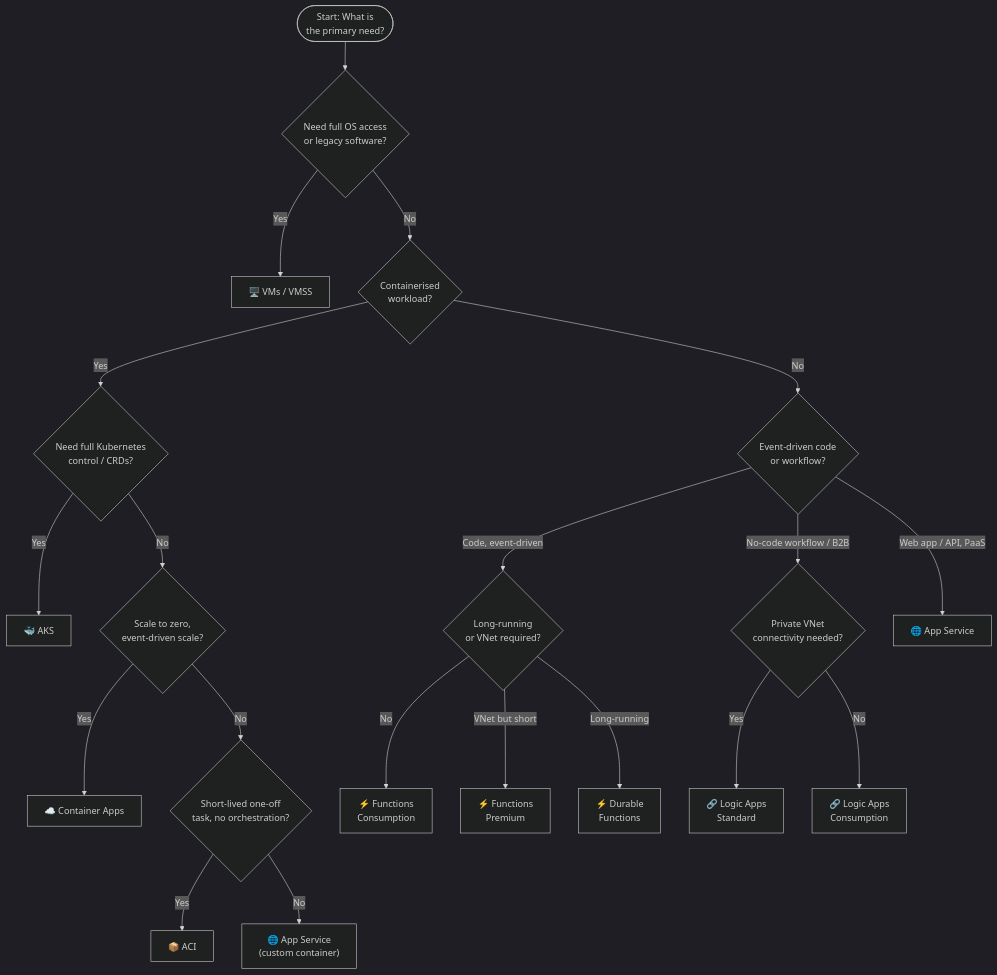
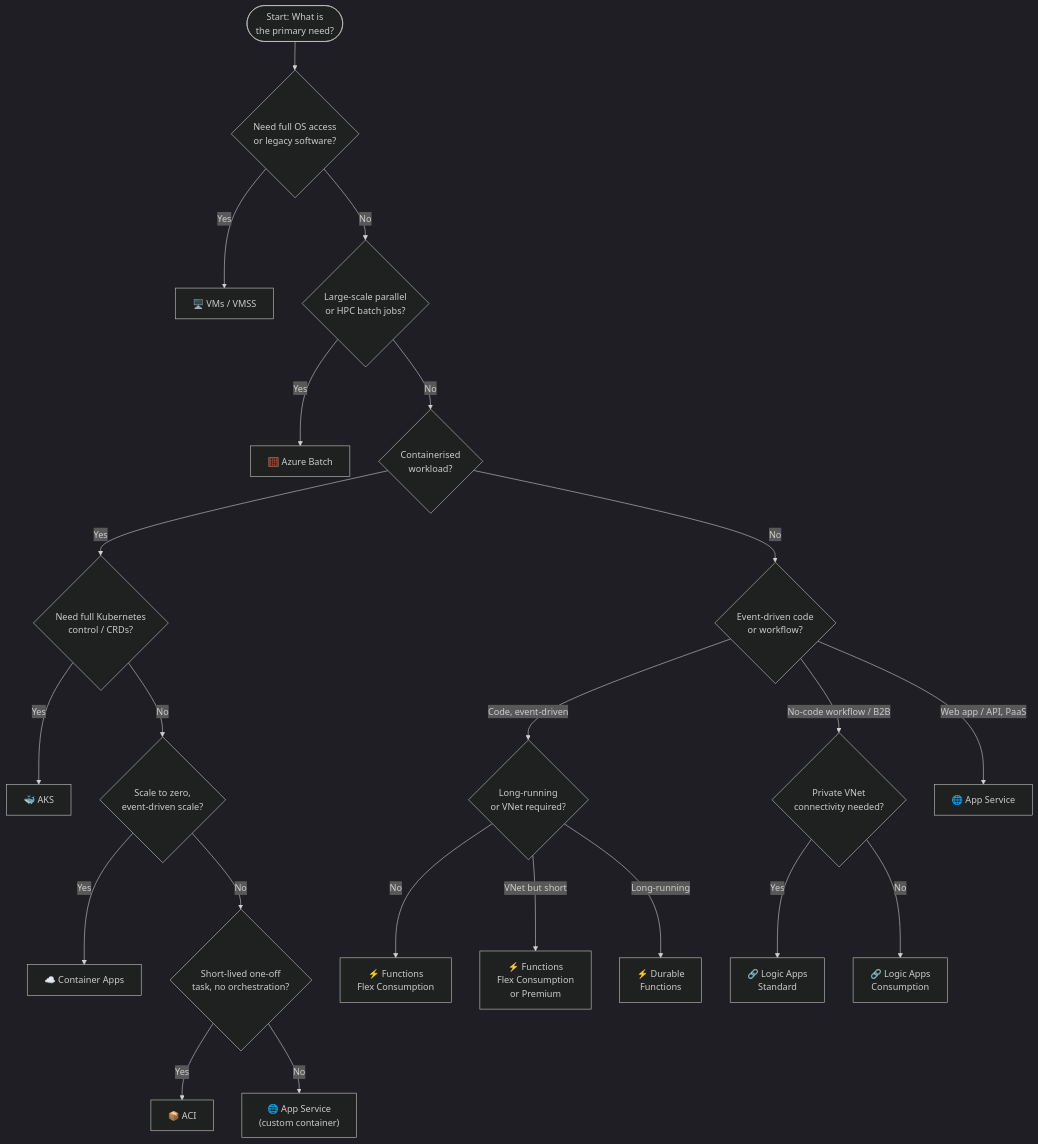
Before and after one commit to marcogrimaldi29/az-305-compute: the diagram in 09-exam-caveats-cheatsheet.md, drawn with Mermaid (dark theme). The commit also changed other lines of this file and 4 other files, not shown here.

First line of the commit message:
Add Flex Consumption plan and Azure Batch coverage

````diff
--- a/09-exam-caveats-cheatsheet.md
+++ b/09-exam-caveats-cheatsheet.md
@@ -216,29 +229,31 @@
 ```mermaid
 flowchart TD
     Start(["Start: What is\nthe primary need?"])
 
     Start --> A{"Need full OS access\nor legacy software?"}
     A -->|Yes| VM["🖥️ VMs / VMSS"]
 
-    A -->|No| B{"Containerised\nworkload?"}
+    A -->|No| HPC{"Large-scale parallel\nor HPC batch jobs?"}
+    HPC -->|Yes| BATCH["🧮 Azure Batch"]
+    HPC -->|No| B{"Containerised\nworkload?"}
     B -->|No| C{"Event-driven code\nor workflow?"}
 
     B -->|Yes| D{"Need full Kubernetes\ncontrol / CRDs?"}
     D -->|Yes| AKS["🐳 AKS"]
     D -->|No| E{"Scale to zero,\nevent-driven scale?"}
     E -->|Yes| ACA["☁️ Container Apps"]
     E -->|No| F{"Short-lived one-off\ntask, no orchestration?"}
     F -->|Yes| ACI["📦 ACI"]
     F -->|No| ASP_C["🌐 App Service\n(custom container)"]
 
     C -->|Code, event-driven| G{"Long-running\nor VNet required?"}
-    G -->|No| FNCON["⚡ Functions\nConsumption"]
-    G -->|VNet but short| FNPREM["⚡ Functions\nPremium"]
+    G -->|No| FNCON["⚡ Functions\nFlex Consumption"]
+    G -->|VNet but short| FNPREM["⚡ Functions\nFlex Consumption\nor Premium"]
     G -->|Long-running| DUR["⚡ Durable\nFunctions"]
 
     C -->|No-code workflow / B2B| H{"Private VNet\nconnectivity needed?"}
     H -->|Yes| LAST["🔗 Logic Apps\nStandard"]
     H -->|No| LACON["🔗 Logic Apps\nConsumption"]
 
     C -->|Web app / API, PaaS| ASP["🌐 App Service"]
 ```
````
